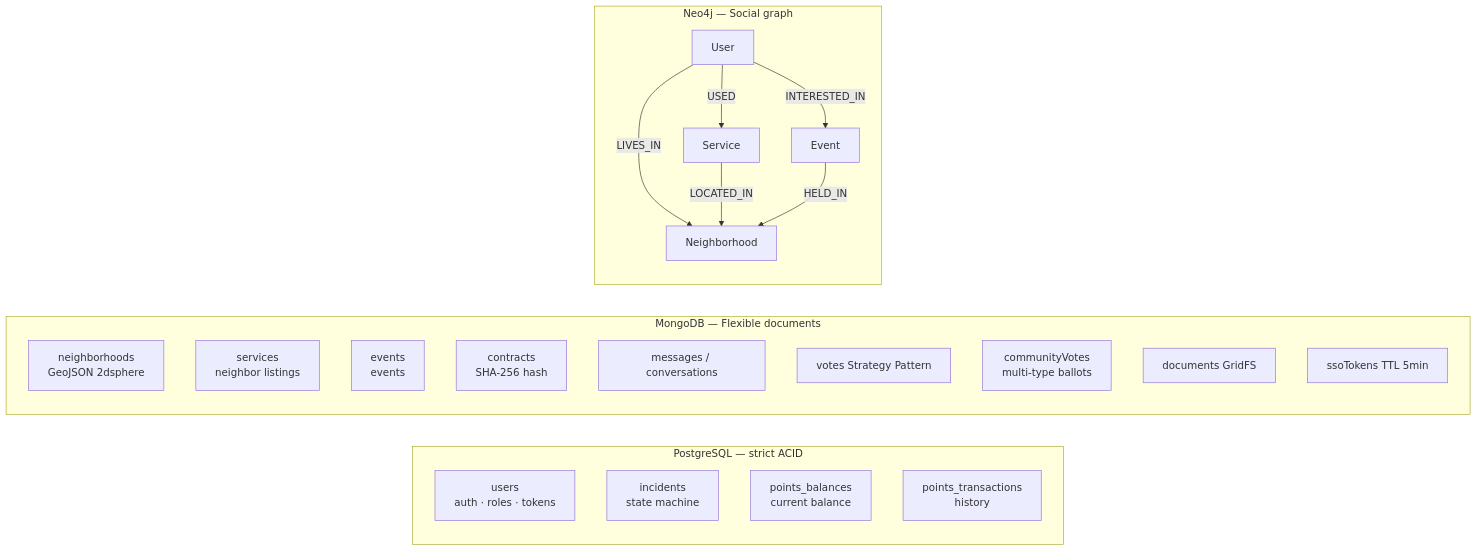
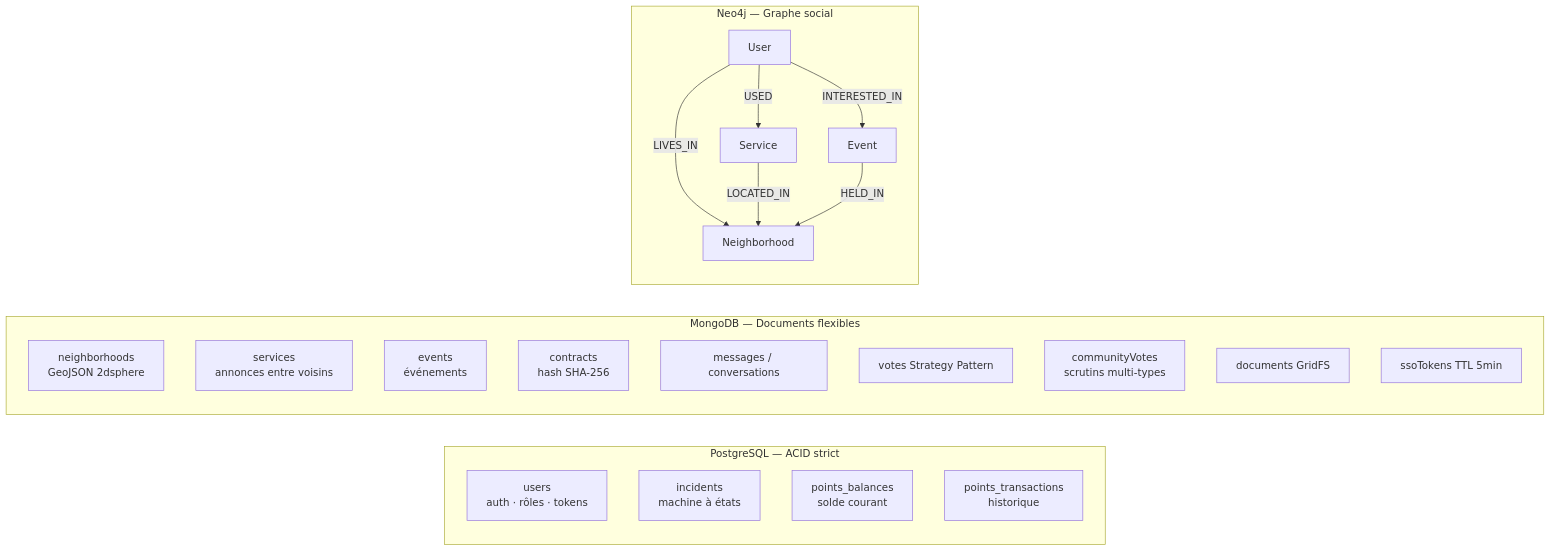
The seventh of 21 diagrams in docs/ARCHITECTURE.md (creibaud/QuartierConnect), drawn with Mermaid before and after one commit. The commit also changed other lines of this file and 27 other files, not shown here.

````diff
--- a/docs/ARCHITECTURE.md
+++ b/docs/ARCHITECTURE.md
@@ -274,33 +315,33 @@
 ```mermaid
 graph LR
-    subgraph PG["PostgreSQL — strict ACID"]
-        U[users<br/>auth · roles · tokens]
-        I[incidents<br/>state machine]
-        PB[points_balances<br/>current balance]
-        PT[points_transactions<br/>history]
+    subgraph PG["PostgreSQL — ACID strict"]
+        U[users<br/>auth · rôles · tokens]
+        I[incidents<br/>machine à états]
+        PB[points_balances<br/>solde courant]
+        PT[points_transactions<br/>historique]
     end
 
-    subgraph MDB["MongoDB — Flexible documents"]
+    subgraph MDB["MongoDB — Documents flexibles"]
         N[neighborhoods<br/>GeoJSON 2dsphere]
-        S[services<br/>neighbor listings]
-        E[events<br/>events]
-        C[contracts<br/>SHA-256 hash]
+        S[services<br/>annonces entre voisins]
+        E[events<br/>événements]
+        C[contracts<br/>hash SHA-256]
         M[messages / conversations]
         V[votes Strategy Pattern]
-        CV[communityVotes<br/>multi-type ballots]
+        CV[communityVotes<br/>scrutins multi-types]
         D[documents GridFS]
         SSO[ssoTokens TTL 5min]
     end
 
-    subgraph N4J["Neo4j — Social graph"]
+    subgraph N4J["Neo4j — Graphe social"]
         NU[User]
         NN[Neighborhood]
         NS[Service]
         NE[Event]
         NU -->|LIVES_IN| NN
         NS -->|LOCATED_IN| NN
         NE -->|HELD_IN| NN
         NU -->|INTERESTED_IN| NE
         NU -->|USED| NS
     end
 ```
````
